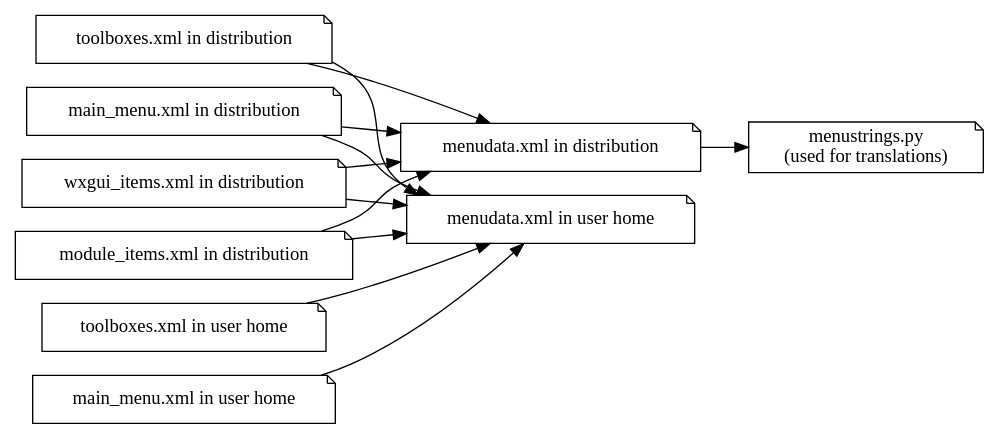
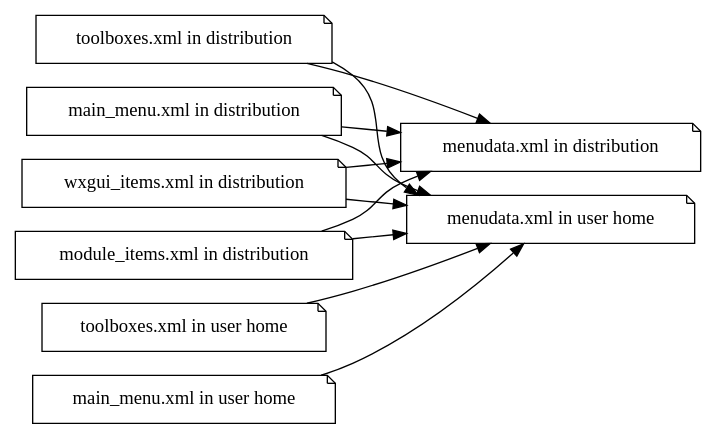
The first of 2 diagrams in gui/wxpython/docs/wxgui_sphinx/src/wxgui_toolboxes.rst (echoix/grass), drawn with Graphviz before and after one commit. The commit also changed 11 other files, not shown here.

```diff
--- a/gui/wxpython/docs/wxgui_sphinx/src/wxgui_toolboxes.rst
+++ b/gui/wxpython/docs/wxgui_sphinx/src/wxgui_toolboxes.rst
@@ -56,37 +56,32 @@
 .. graphviz::
 
     digraph toolboxes {
         graph [rankdir="LR"];
         node [shape="record", style="rounded"];
 
         menudata [label="menudata.xml in distribution", shape="note", URL="#menudata-file"];
         umenudata [label="menudata.xml in user home", shape="note", URL="#menudata-file"];
         toolboxes [label="toolboxes.xml in distribution", shape="note", URL="#toolboxes-file"];
         utoolboxes [label="toolboxes.xml in user home", shape="note", URL="#toolboxes-file"];
         main_menu [label="main_menu.xml in distribution", shape="note", URL="#main-menu-file"];
         umain_menu [label="main_menu.xml in user home", shape="note", URL="#main-menu-file"];
 
         wxgui_items [label="wxgui_items.xml in distribution", shape="note", URL="#wxgui-items-file"];
         module_items [label="module_items.xml in distribution", shape="note", URL="#module-items-file"];
 
-        menustrings [label="menustrings.py\n(used for translations)", shape="note"];
-
         module_items -> menudata;
         wxgui_items -> menudata;
         main_menu -> menudata;
         toolboxes -> menudata;
 
         module_items -> umenudata;
         wxgui_items -> umenudata;
         toolboxes -> umenudata;
         main_menu -> umenudata;
         umain_menu -> umenudata;
         utoolboxes -> umenudata;
 
-        menudata -> menustrings;
-
         // guimenu [label="Main menu in wxGUI", shape="box3d"];
-        // menustrings -> guimenu;
         // menudata -> guimenu;
         // umenudata -> guimenu;
     }
```
